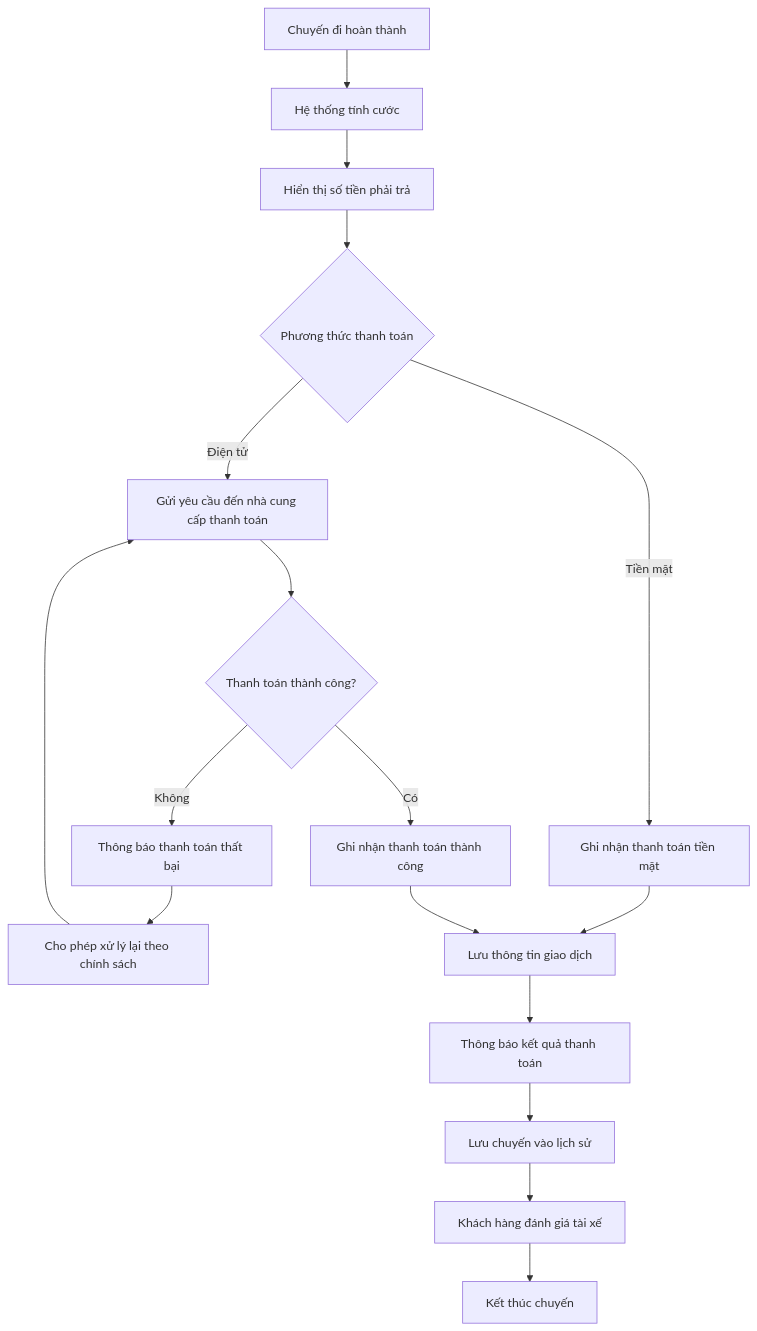
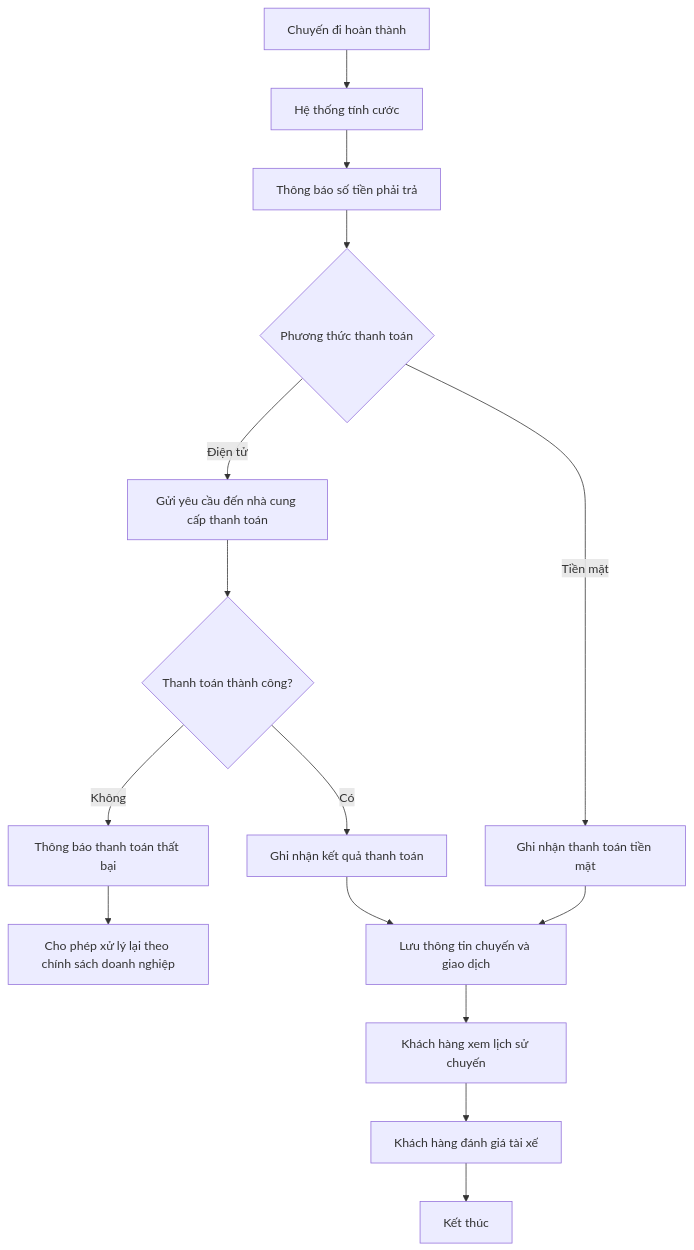
One commit to ngoclinh090608-wq/23707801_Nguyen-Thi-Ngoc-Linh_CABSYSTEM changed the third of 4 diagrams in srs.md. Above: the diagram before and after it, drawn with Mermaid. The commit also changed other lines of this file, not shown here.

````diff
--- a/srs.md
+++ b/srs.md
@@ -185,26 +158,24 @@
 ```mermaid
 flowchart TD
     A[Chuyến đi hoàn thành] --> B[Hệ thống tính cước]
-    B --> C[Hiển thị số tiền phải trả]
+    B --> C[Thông báo số tiền phải trả]
 
     C --> D{Phương thức thanh toán}
 
     D -- Tiền mặt --> E[Ghi nhận thanh toán tiền mặt]
 
     D -- Điện tử --> F[Gửi yêu cầu đến nhà cung cấp thanh toán]
     F --> G{Thanh toán thành công?}
 
     G -- Không --> H[Thông báo thanh toán thất bại]
-    H --> I[Cho phép xử lý lại theo chính sách]
-    I --> F
+    H --> I[Cho phép xử lý lại theo chính sách doanh nghiệp]
 
-    G -- Có --> J[Ghi nhận thanh toán thành công]
+    G -- Có --> J[Ghi nhận kết quả thanh toán]
 
-    E --> K[Lưu thông tin giao dịch]
+    E --> K[Lưu thông tin chuyến và giao dịch]
     J --> K
 
-    K --> L[Thông báo kết quả thanh toán]
-    L --> M[Lưu chuyến vào lịch sử]
-    M --> N[Khách hàng đánh giá tài xế]
-    N --> O[Kết thúc chuyến]
+    K --> L[Khách hàng xem lịch sử chuyến]
+    L --> M[Khách hàng đánh giá tài xế]
+    M --> N[Kết thúc]
 ```
````
